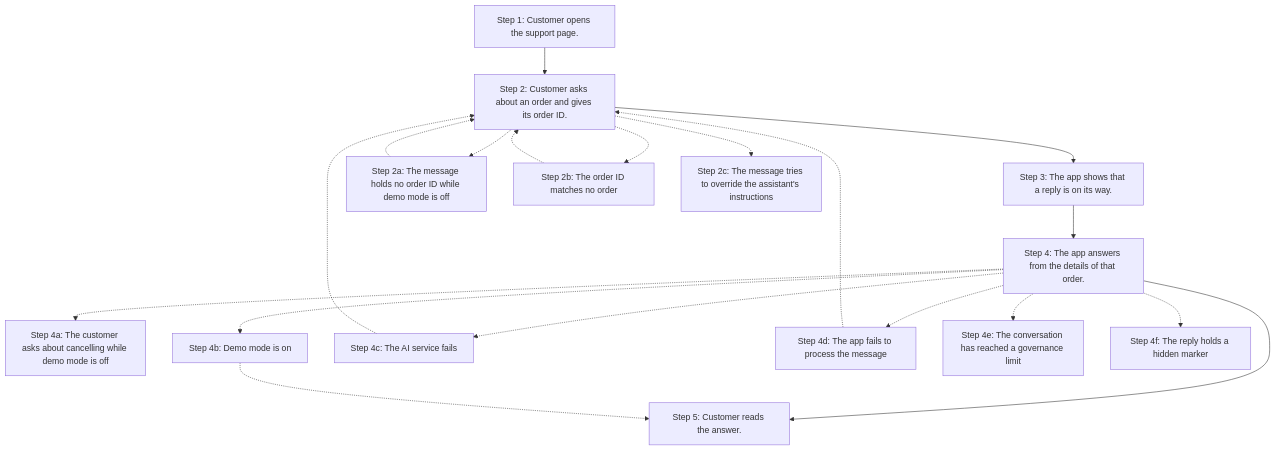
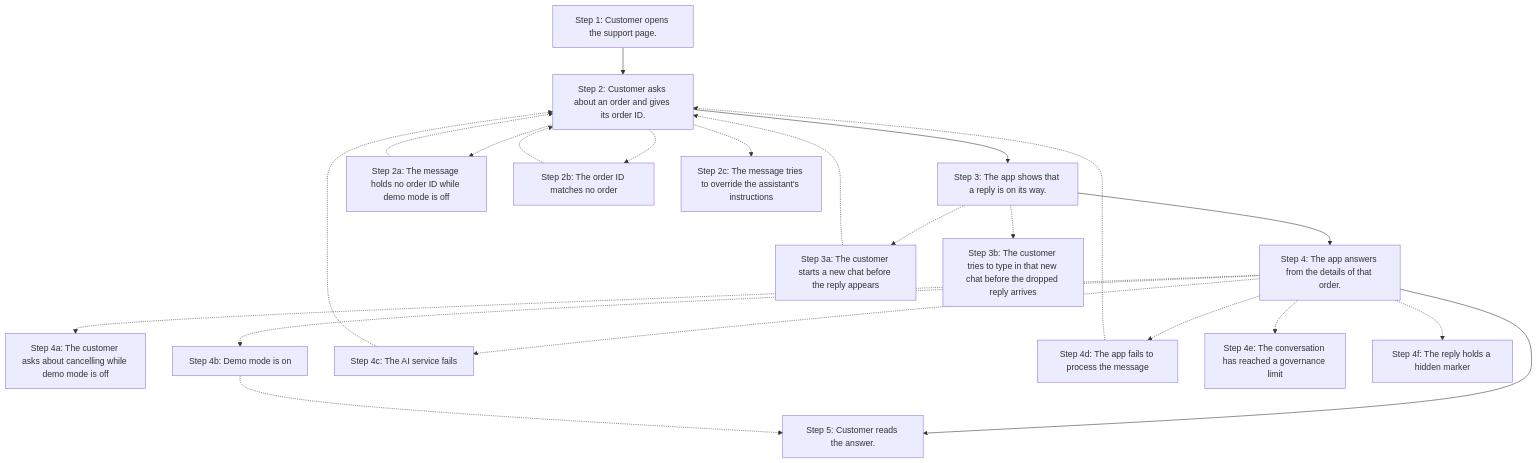
The first of 5 diagrams in zbrain-docs/requirements/user-journey.md (lhtshyamalshah/northstar-support-portal), drawn with Mermaid before and after one commit. The commit also changed other lines of this file and 1 other file, not shown here.

First line of the commit message:
docs(requirements): document decisions on mobile support, order limits, and reply handling

````diff
--- a/zbrain-docs/requirements/user-journey.md
+++ b/zbrain-docs/requirements/user-journey.md
@@ -37,21 +39,24 @@
 ```mermaid
 flowchart TD
   s1["Step 1: Customer opens the support page."] --> s2["Step 2: Customer asks about an order and gives its order ID."]
   s2 --> s3["Step 3: The app shows that a reply is on its way."]
   s3 --> s4["Step 4: The app answers from the details of that order."]
   s4 --> s5["Step 5: Customer reads the answer."]
   s2 -.-> x2a["Step 2a: The message holds no order ID while demo mode is off"]
   x2a -.-> s2
   s2 -.-> x2b["Step 2b: The order ID matches no order"]
   x2b -.-> s2
   s2 -.-> x2c["Step 2c: The message tries to override the assistant's instructions"]
+  s3 -.-> x3a["Step 3a: The customer starts a new chat before the reply appears"]
+  x3a -.-> s2
+  s3 -.-> x3b["Step 3b: The customer tries to type in that new chat before the dropped reply arrives"]
   s4 -.-> x4a["Step 4a: The customer asks about cancelling while demo mode is off"]
   s4 -.-> x4b["Step 4b: Demo mode is on"]
   x4b -.-> s5
   s4 -.-> x4c["Step 4c: The AI service fails"]
   x4c -.-> s2
   s4 -.-> x4d["Step 4d: The app fails to process the message"]
   x4d -.-> s2
   s4 -.-> x4e["Step 4e: The conversation has reached a governance limit"]
   s4 -.-> x4f["Step 4f: The reply holds a hidden marker"]
 ```
````
